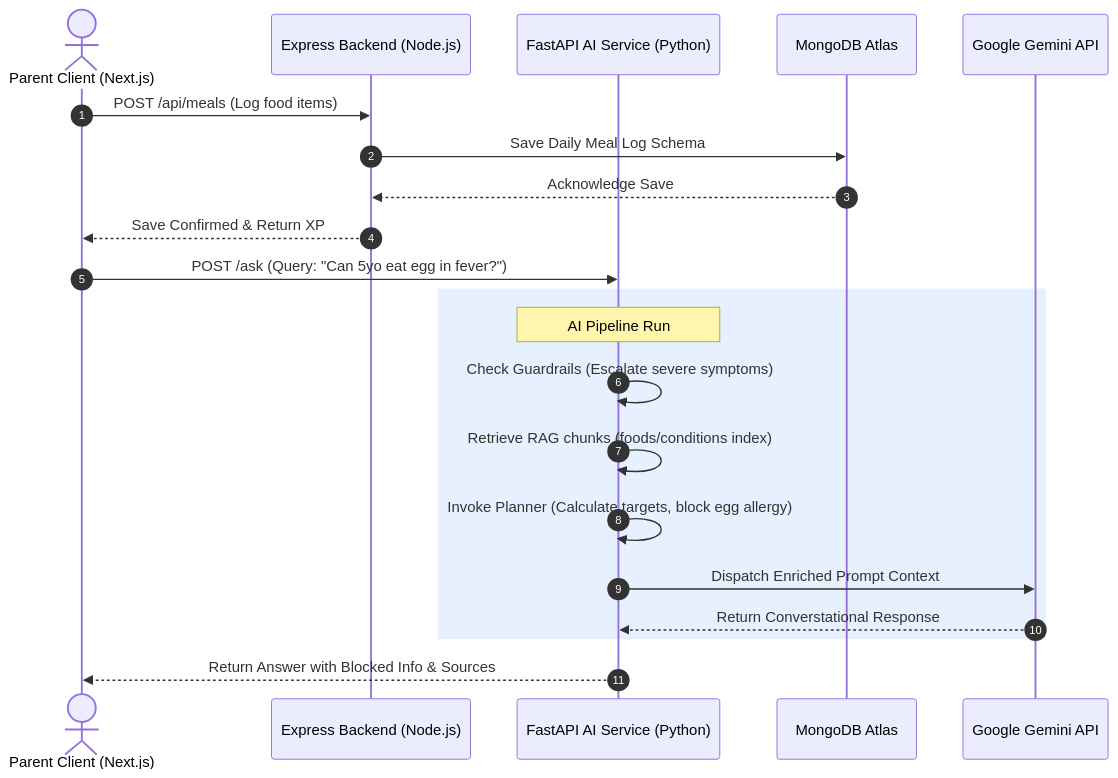
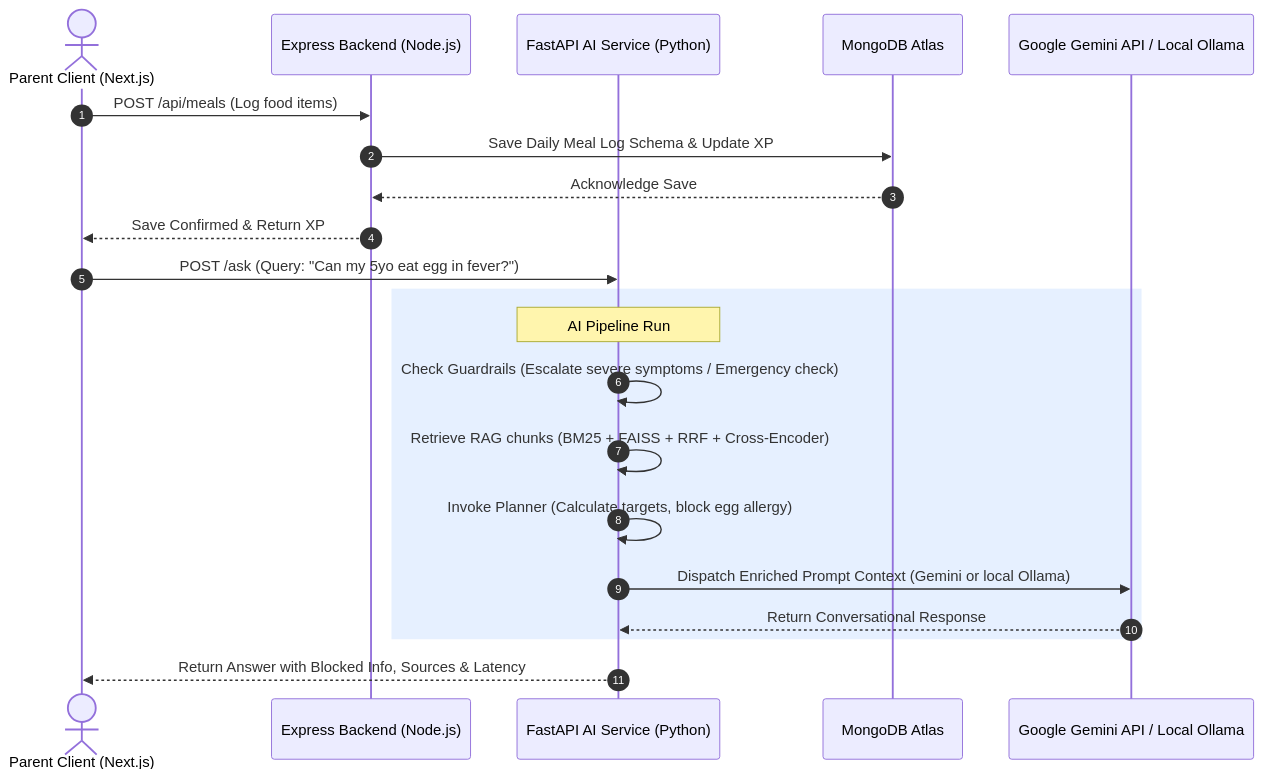
The second of 6 diagrams in docs/project_specification.md (KidsNutriBite/NutriBite), drawn with Mermaid before and after one commit. The commit also changed other lines of this file and 6 other files, not shown here.

First line of the commit message:
docs: add architecture documentation, service map, model flow, and PR summary

````diff
--- a/docs/project_specification.md
+++ b/docs/project_specification.md
@@ -78,25 +96,25 @@
 ```mermaid
 sequenceDiagram
     autonumber
     actor Parent as Parent Client (Next.js)
     participant Node as Express Backend (Node.js)
     participant Python as FastAPI AI Service (Python)
     participant DB as MongoDB Atlas
-    participant LLM as Google Gemini API
+    participant LLM as Google Gemini API / Local Ollama
 
     Parent->>Node: POST /api/meals (Log food items)
-    Node->>DB: Save Daily Meal Log Schema
+    Node->>DB: Save Daily Meal Log Schema & Update XP
     DB-->>Node: Acknowledge Save
     Node-->>Parent: Save Confirmed & Return XP
     
-    Parent->>Python: POST /ask (Query: "Can 5yo eat egg in fever?")
+    Parent->>Python: POST /ask (Query: "Can my 5yo eat egg in fever?")
     rect rgb(230, 240, 255)
         note over Python: AI Pipeline Run
-        Python->>Python: Check Guardrails (Escalate severe symptoms)
-        Python->>Python: Retrieve RAG chunks (foods/conditions index)
+        Python->>Python: Check Guardrails (Escalate severe symptoms / Emergency check)
+        Python->>Python: Retrieve RAG chunks (BM25 + FAISS + RRF + Cross-Encoder)
         Python->>Python: Invoke Planner (Calculate targets, block egg allergy)
-        Python->>LLM: Dispatch Enriched Prompt Context
-        LLM-->>Python: Return Converstational Response
+        Python->>LLM: Dispatch Enriched Prompt Context (Gemini or local Ollama)
+        LLM-->>Python: Return Conversational Response
     end
-    Python-->>Parent: Return Answer with Blocked Info & Sources
+    Python-->>Parent: Return Answer with Blocked Info, Sources & Latency
 ```
````
